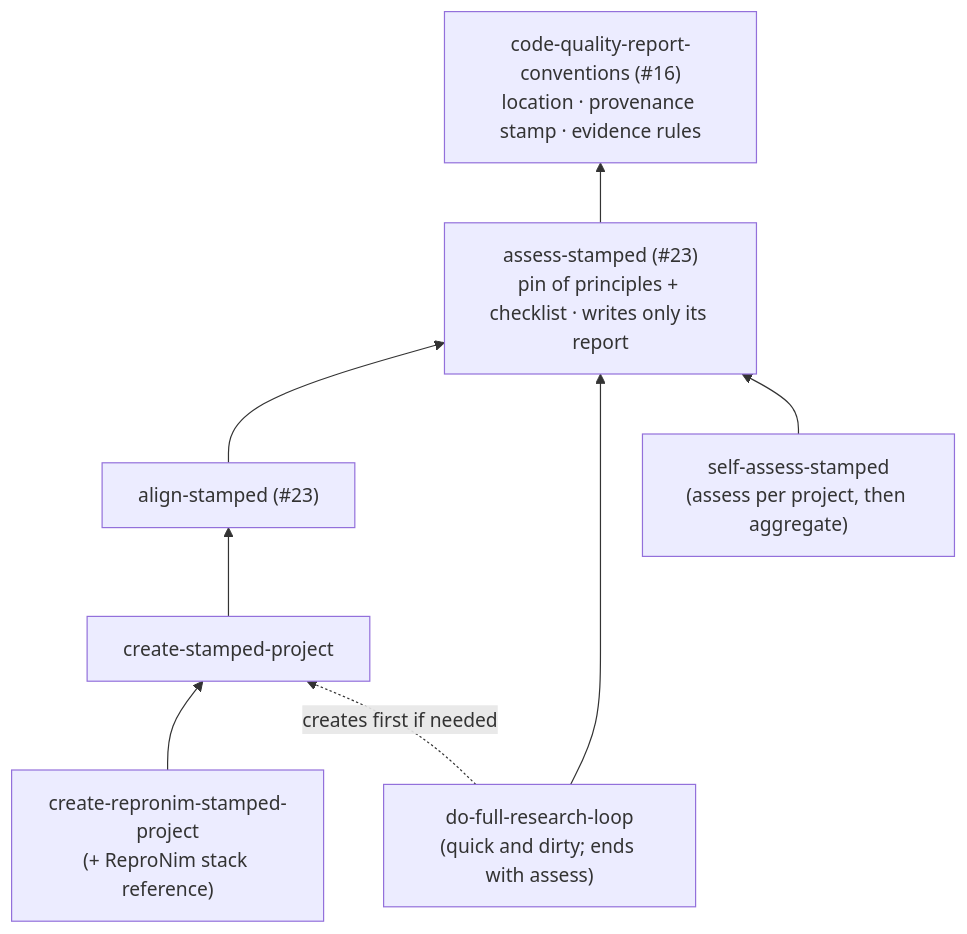
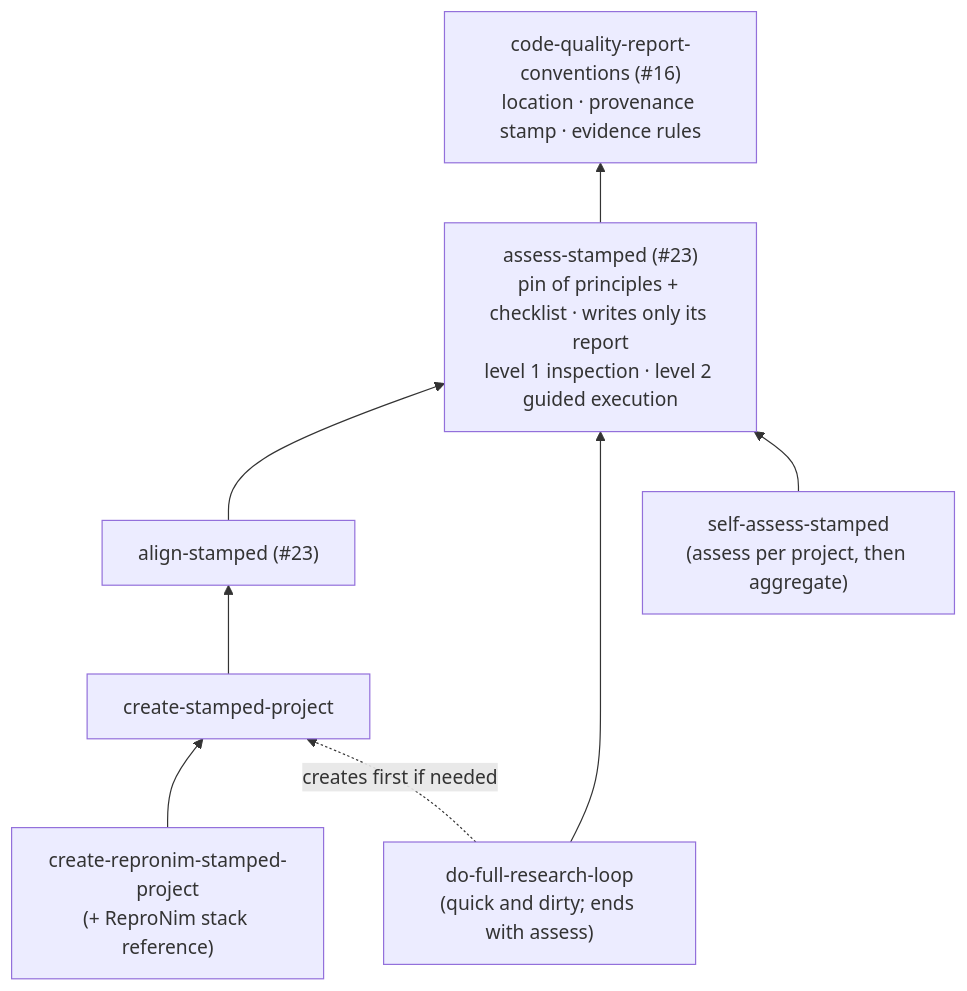
The diagram in docs/stamped/PLAN.md (con/skills), drawn with Mermaid before and after one commit. The commit also changed other lines of this file and 3 other files, not shown here.

````diff
--- a/docs/stamped/PLAN.md
+++ b/docs/stamped/PLAN.md
@@ -87,17 +92,17 @@
 ```mermaid
 flowchart BT
   cq["code-quality-report-conventions (#16)<br/>location · provenance stamp · evidence rules"]
-  assess["assess-stamped (#23)<br/>pin of principles + checklist · writes only its report"]
+  assess["assess-stamped (#23)<br/>pin of principles + checklist · writes only its report<br/>level 1 inspection · level 2 guided execution"]
   align["align-stamped (#23)"]
   create["create-stamped-project"]
   repronim["create-repronim-stamped-project<br/>(+ ReproNim stack reference)"]
   loop["do-full-research-loop<br/>(quick and dirty; ends with assess)"]
   self["self-assess-stamped<br/>(assess per project, then aggregate)"]
   assess --> cq
   align --> assess
   create --> align
   repronim --> create
   loop --> assess
   loop -.->|creates first if needed| create
   self --> assess
 ```
````
